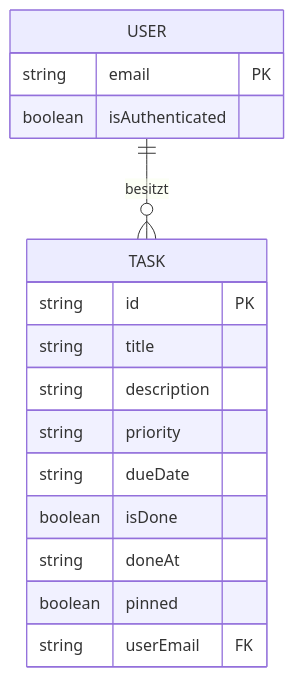
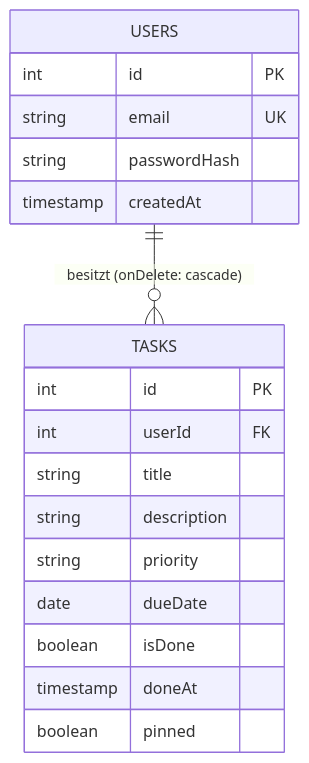
The diagram in frontend/docs/erd.md (ImConsti/TypeShit), drawn with Mermaid before and after one commit. The commit also changed other lines of this file and 9 other files, not shown here.

Commit message:
task: simplify database schema by removing unused tables; add tasks table and update related documentation; added comments for future api TODOs to start with backend

````diff
--- a/frontend/docs/erd.md
+++ b/frontend/docs/erd.md
@@ -3,21 +3,23 @@
 ```mermaid
 erDiagram
-    USER {
-        string email PK
-        boolean isAuthenticated
+    USERS {
+        int id PK
+        string email UK
+        string passwordHash
+        timestamp createdAt
     }
 
-    TASK {
-        string id PK
+    TASKS {
+        int id PK
+        int userId FK
         string title
         string description
         string priority
-        string dueDate
+        date dueDate
         boolean isDone
-        string doneAt
+        timestamp doneAt
         boolean pinned
-        string userEmail FK
     }
 
-    USER ||--o{ TASK : "besitzt"
+    USERS ||--o{ TASKS : "besitzt (onDelete: cascade)"
 ```
````
